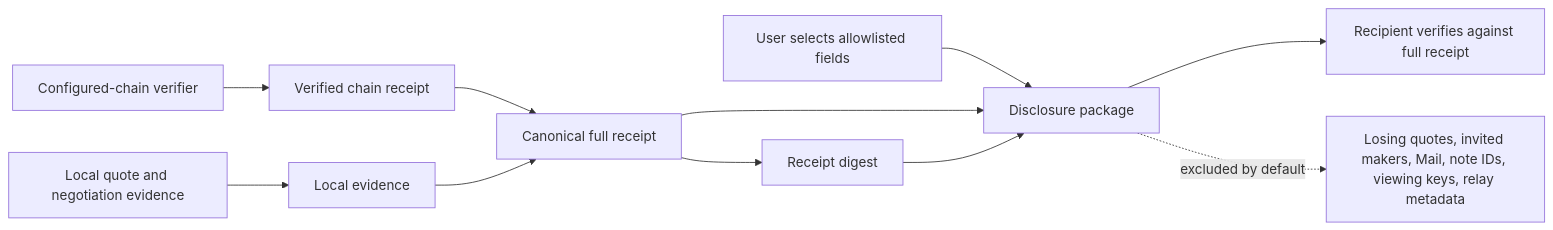
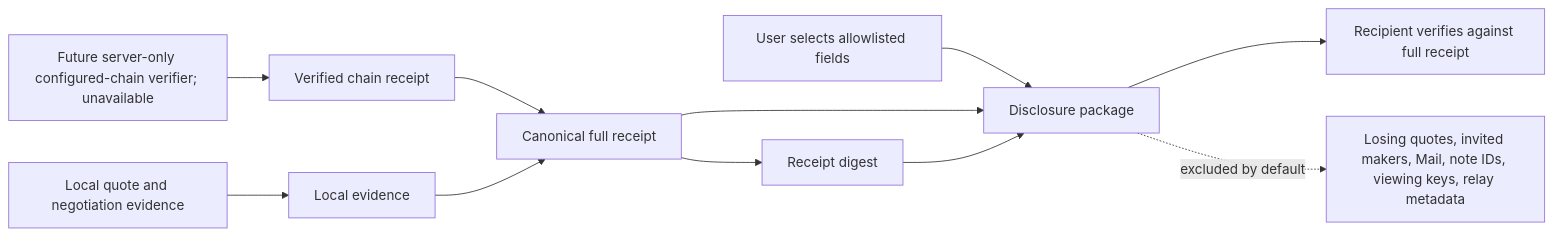
Before and after one commit to gstohl/app20: the sixth of 8 diagrams in README.md, drawn with Mermaid. The commit also changed other lines of this file and 238 other files, not shown here.

````diff
--- a/README.md
+++ b/README.md
@@ -197,13 +201,13 @@
 ```mermaid
 flowchart LR
-    CE[Configured-chain verifier] --> VR[Verified chain receipt]
+    CE[Future server-only configured-chain verifier; unavailable] --> VR[Verified chain receipt]
     LE[Local quote and negotiation evidence] --> LR[Local evidence]
     VR --> FR[Canonical full receipt]
     LR --> FR
     FR --> DG[Receipt digest]
     U[User selects allowlisted fields] --> DP[Disclosure package]
     FR --> DP
     DG --> DP
     DP --> V[Recipient verifies against full receipt]
     DP -. excluded by default .-> X[Losing quotes, invited makers, Mail, note IDs, viewing keys, relay metadata]
 ```
````
